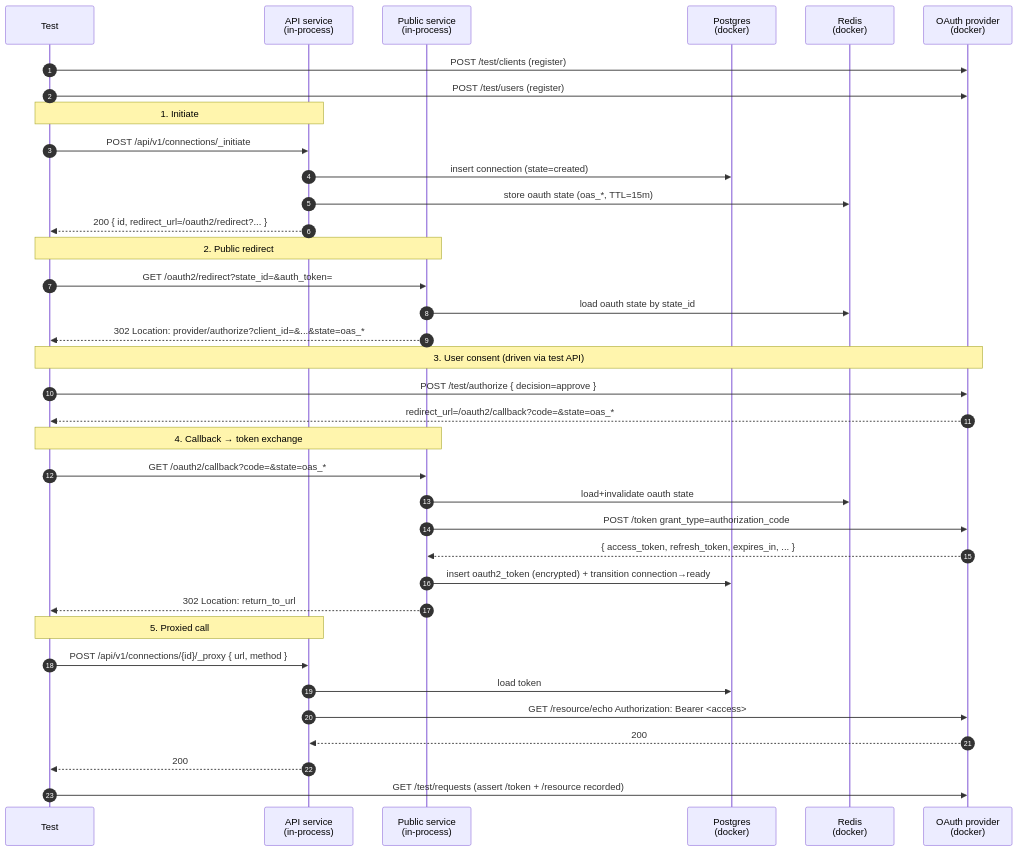
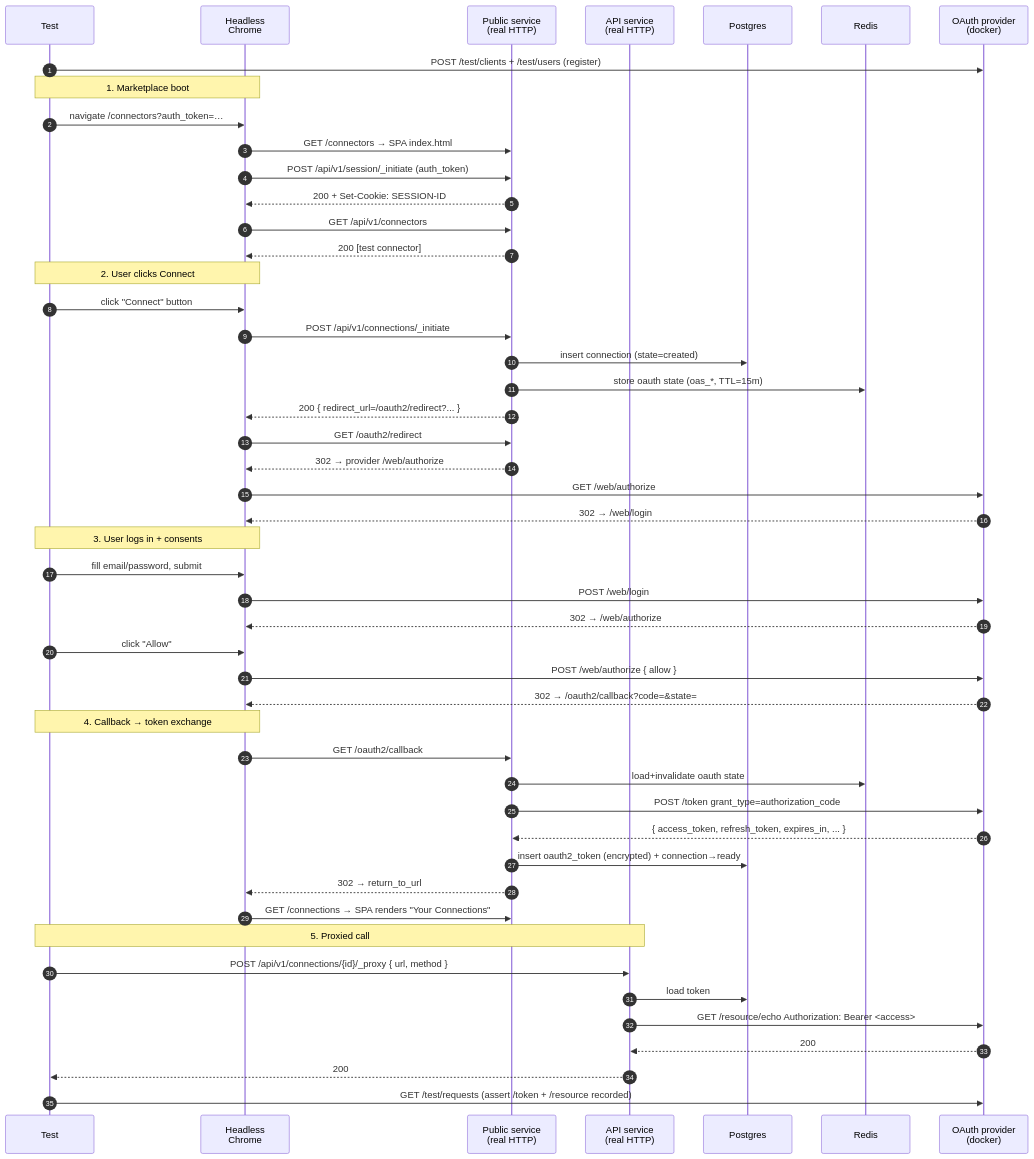
Before and after one commit to rmorlok/authproxy: the diagram in integration_tests/oauth2/standard_flow_test.md, drawn with Mermaid. The commit also changed other lines of this file and 10 other files, not shown here.

First line of the commit message:
Drive standard OAuth2 flow test through real UI

````diff
--- a/integration_tests/oauth2/standard_flow_test.md
+++ b/integration_tests/oauth2/standard_flow_test.md
@@ -53,45 +49,58 @@
 ```mermaid
 sequenceDiagram
     autonumber
     participant T as Test
-    participant API as API service<br/>(in-process)
-    participant PUB as Public service<br/>(in-process)
-    participant DB as Postgres<br/>(docker)
-    participant R as Redis<br/>(docker)
+    participant B as Headless<br/>Chrome
+    participant PUB as Public service<br/>(real HTTP)
+    participant API as API service<br/>(real HTTP)
+    participant DB as Postgres
+    participant R as Redis
     participant P as OAuth provider<br/>(docker)
 
-    T->>P: POST /test/clients (register)
-    T->>P: POST /test/users (register)
+    T->>P: POST /test/clients + /test/users (register)
 
-    Note over T,API: 1. Initiate
-    T->>API: POST /api/v1/connections/_initiate
-    API->>DB: insert connection (state=created)
-    API->>R: store oauth state (oas_*, TTL=15m)
-    API-->>T: 200 { id, redirect_url=/oauth2/redirect?... }
+    Note over T,B: 1. Marketplace boot
+    T->>B: navigate /connectors?auth_token=…
+    B->>PUB: GET /connectors → SPA index.html
+    B->>PUB: POST /api/v1/session/_initiate (auth_token)
+    PUB-->>B: 200 + Set-Cookie: SESSION-ID
+    B->>PUB: GET /api/v1/connectors
+    PUB-->>B: 200 [test connector]
 
-    Note over T,PUB: 2. Public redirect
-    T->>PUB: GET /oauth2/redirect?state_id=&auth_token=
-    PUB->>R: load oauth state by state_id
-    PUB-->>T: 302 Location: provider/authorize?client_id=&...&state=oas_*
+    Note over T,B: 2. User clicks Connect
+    T->>B: click "Connect" button
+    B->>PUB: POST /api/v1/connections/_initiate
+    PUB->>DB: insert connection (state=created)
+    PUB->>R: store oauth state (oas_*, TTL=15m)
+    PUB-->>B: 200 { redirect_url=/oauth2/redirect?... }
+    B->>PUB: GET /oauth2/redirect
+    PUB-->>B: 302 → provider /web/authorize
+    B->>P: GET /web/authorize
+    P-->>B: 302 → /web/login
 
-    Note over T,P: 3. User consent (driven via test API)
-    T->>P: POST /test/authorize { decision=approve }
-    P-->>T: redirect_url=/oauth2/callback?code=&state=oas_*
+    Note over T,B: 3. User logs in + consents
+    T->>B: fill email/password, submit
+    B->>P: POST /web/login
+    P-->>B: 302 → /web/authorize
+    T->>B: click "Allow"
+    B->>P: POST /web/authorize { allow }
+    P-->>B: 302 → /oauth2/callback?code=&state=
 
-    Note over T,PUB: 4. Callback → token exchange
-    T->>PUB: GET /oauth2/callback?code=&state=oas_*
+    Note over T,B: 4. Callback → token exchange
+    B->>PUB: GET /oauth2/callback
     PUB->>R: load+invalidate oauth state
     PUB->>P: POST /token grant_type=authorization_code
     P-->>PUB: { access_token, refresh_token, expires_in, ... }
-    PUB->>DB: insert oauth2_token (encrypted) + transition connection→ready
-    PUB-->>T: 302 Location: return_to_url
+    PUB->>DB: insert oauth2_token (encrypted) + connection→ready
+    PUB-->>B: 302 → return_to_url
+    B->>PUB: GET /connections → SPA renders "Your Connections"
 
     Note over T,API: 5. Proxied call
     T->>API: POST /api/v1/connections/{id}/_proxy { url, method }
     API->>DB: load token
     API->>P: GET /resource/echo  Authorization: Bearer <access>
     P-->>API: 200
     API-->>T: 200
 
     T->>P: GET /test/requests (assert /token + /resource recorded)
 ```
````
